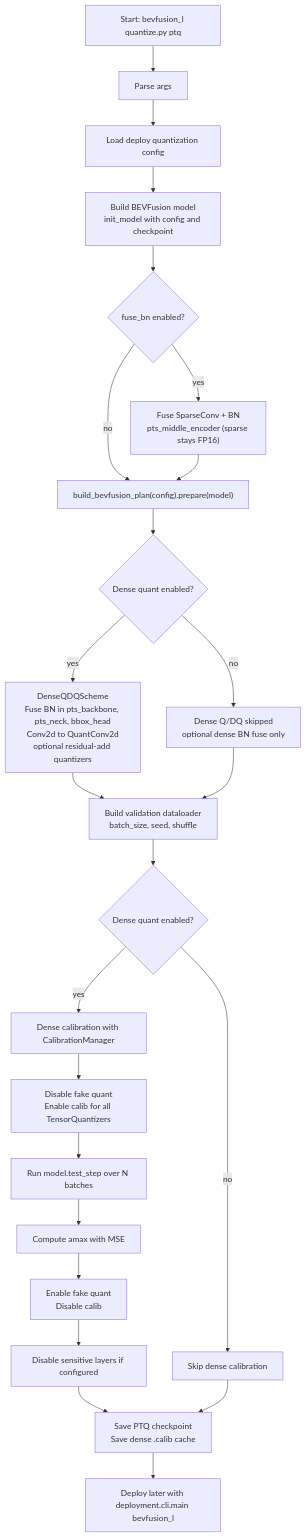
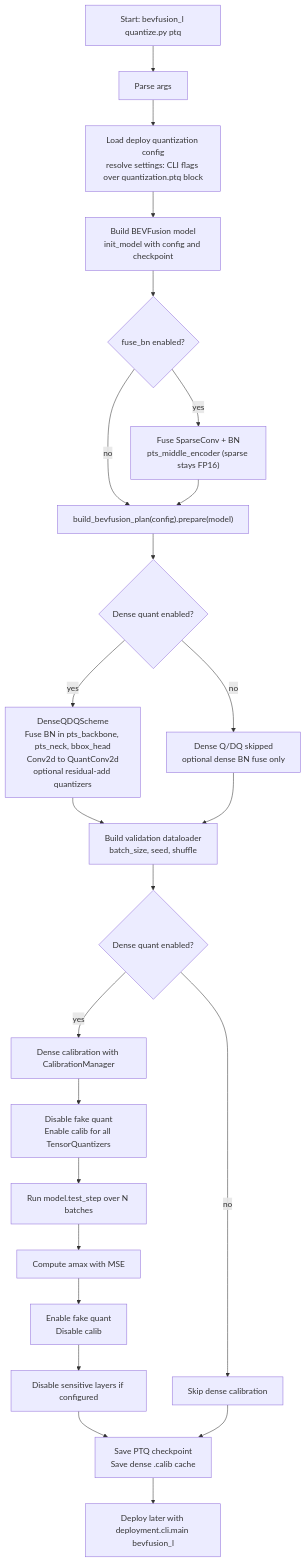
Before and after one commit to vividf/AWML: the first of 4 diagrams in docs/quantization_pipeline.md, drawn with Mermaid. The commit also changed other lines of this file and 30 other files, not shown here.

````diff
--- a/docs/quantization_pipeline.md
+++ b/docs/quantization_pipeline.md
@@ -15,31 +15,31 @@
 ```mermaid
 flowchart TD
     A["Start: bevfusion_l quantize.py ptq"] --> B["Parse args"]
-    B --> C["Load deploy quantization config"]
+    B --> C["Load deploy quantization config<br/>resolve settings: CLI flags over quantization.ptq block"]
     C --> E["Build BEVFusion model<br/>init_model with config and checkpoint"]
 
     E --> F{"fuse_bn enabled?"}
     F -->|yes| F1["Fuse SparseConv + BN<br/>pts_middle_encoder (sparse stays FP16)"]
     F -->|no| G
     F1 --> G["build_bevfusion_plan(config).prepare(model)"]
 
     G --> H{"Dense quant enabled?"}
     H -->|yes| H1["DenseQDQScheme<br/>Fuse BN in pts_backbone, pts_neck, bbox_head<br/>Conv2d to QuantConv2d<br/>optional residual-add quantizers"]
     H -->|no| H2["Dense Q/DQ skipped<br/>optional dense BN fuse only"]
 
     H1 --> I["Build validation dataloader<br/>batch_size, seed, shuffle"]
     H2 --> I
 
     I --> P{"Dense quant enabled?"}
     P -->|yes| P1["Dense calibration with CalibrationManager"]
     P -->|no| S["Skip dense calibration"]
 
     P1 --> P2["Disable fake quant<br/>Enable calib for all TensorQuantizers"]
     P2 --> P3["Run model.test_step over N batches"]
     P3 --> P4["Compute amax with MSE"]
     P4 --> P5["Enable fake quant<br/>Disable calib"]
     P5 --> Q["Disable sensitive layers if configured"]
     Q --> R["Save PTQ checkpoint<br/>Save dense .calib cache"]
     S --> R
     R --> T["Deploy later with deployment.cli.main bevfusion_l"]
 ```
````
